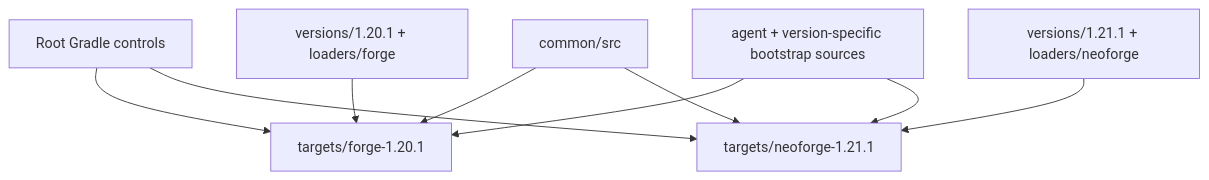
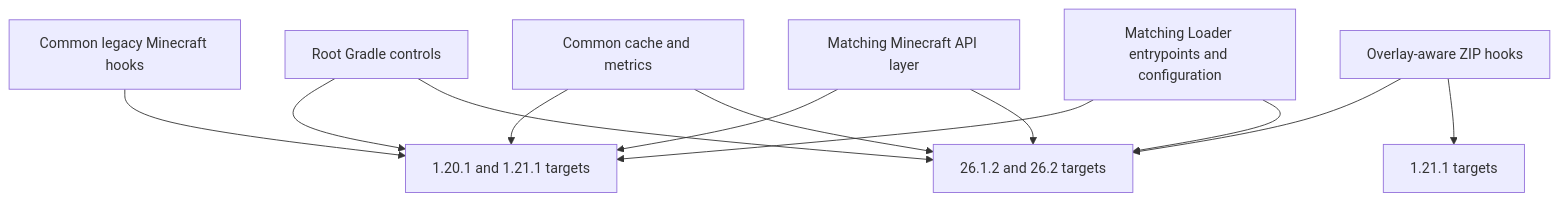
One commit to kltyton/LightSpeedRe changed the diagram in docs/development/build.md. Above: the diagram before and after it, drawn with Mermaid. The commit also changed other lines of this file and 79 other files, not shown here.

Commit message:
Add Fabric and Minecraft 26 loader targets

````diff
--- a/docs/development/build.md
+++ b/docs/development/build.md
@@ -5,11 +7,14 @@
 ```mermaid
 flowchart TD
-    root[Root Gradle controls] --> forge[targets/forge-1.20.1]
-    root --> neo[targets/neoforge-1.21.1]
-    shared[common/src] --> forge
-    shared --> neo
-    v20[versions/1.20.1 + loaders/forge] --> forge
-    v21[versions/1.21.1 + loaders/neoforge] --> neo
-    payload[agent + version-specific bootstrap sources] --> forge
-    payload --> neo
+    root[Root Gradle controls] --> legacy[1.20.1 and 1.21.1 targets]
+    root --> modern[26.1.2 and 26.2 targets]
+    shared[Common cache and metrics] --> legacy
+    shared --> modern
+    classic[Common legacy Minecraft hooks] --> legacy
+    overlays[Overlay-aware ZIP hooks] --> modern
+    overlays --> v21[1.21.1 targets]
+    versions[Matching Minecraft API layer] --> legacy
+    versions --> modern
+    loaders[Matching Loader entrypoints and configuration] --> legacy
+    loaders --> modern
 ```
````
